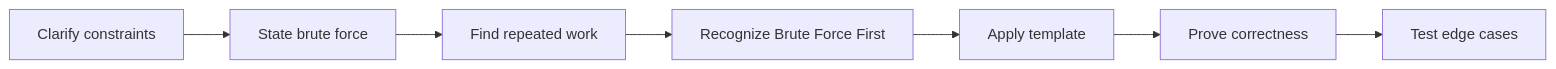
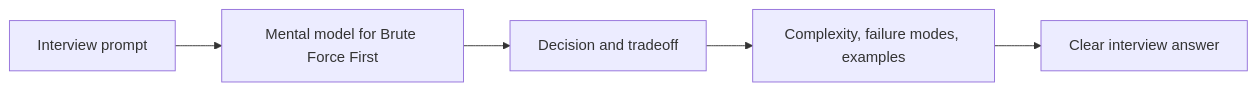
The second of 2 diagrams in coding-round/strategy/brute-force-first/index.md (abstractinterviews/abstractinterviews.github.io), drawn with Mermaid before and after one commit. The commit also changed other lines of this file and 278 other files, not shown here.

````diff
--- a/coding-round/strategy/brute-force-first/index.md
+++ b/coding-round/strategy/brute-force-first/index.md
@@ -123,9 +121,7 @@
-~~~mermaid
+```mermaid
 flowchart LR
-    A["Clarify constraints"] --> B["State brute force"]
-    B --> C["Find repeated work"]
-    C --> D["Recognize Brute Force First"]
-    D --> E["Apply template"]
-    E --> F["Prove correctness"]
-    F --> G["Test edge cases"]
-~~~
+    Problem["Interview prompt"] --> Model["Mental model for Brute Force First"]
+    Model --> Choice["Decision and tradeoff"]
+    Choice --> Evidence["Complexity, failure modes, examples"]
+    Evidence --> Answer["Clear interview answer"]
+```
````
